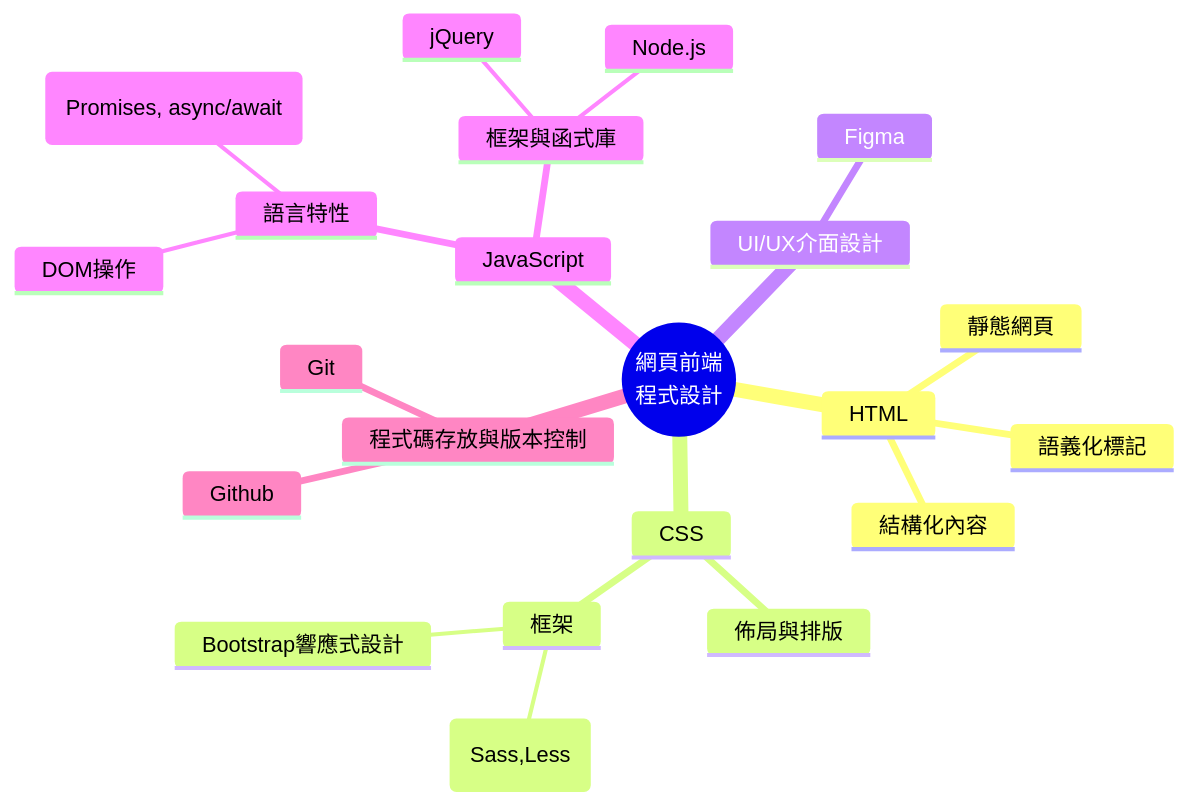
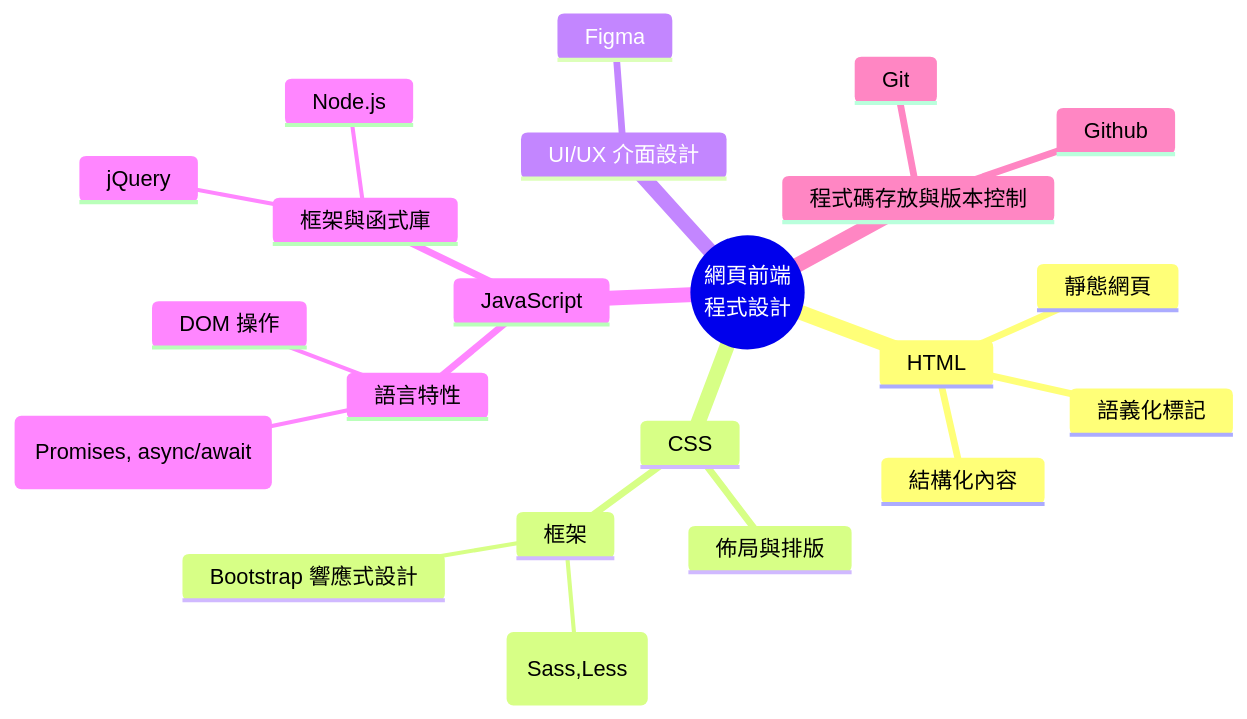
Before and after one commit to xuanruichen5/git_practice: the diagram in README.md, drawn with Mermaid. The commit also changed other lines of this file, not shown here.

````diff
--- a/README.md
+++ b/README.md
@@ -39,29 +48,28 @@
 ```mermaid
 mindmap
-  root ((網頁前端
-         程式設計))
+  root (( 網頁前端
+          程式設計 ))
     HTML
       靜態網頁
       語義化標記
       結構化內容
-
     CSS
       佈局與排版
       框架
-        CSS預處理器(Sass,Less)
-        Bootstrap響應式設計 
+        CSS 預處理器 (Sass,Less)
+        Bootstrap 響應式設計
 
-    UI/UX介面設計
+    UI/UX 介面設計
       Figma
-      
+
     JavaScript
       語言特性
-        DOM操作
+        DOM 操作
         非同步編譯 (Promises, async/await)
       框架與函式庫
         jQuery
         Node.js
     程式碼存放與版本控制
       Git
       Github
 ```
````
